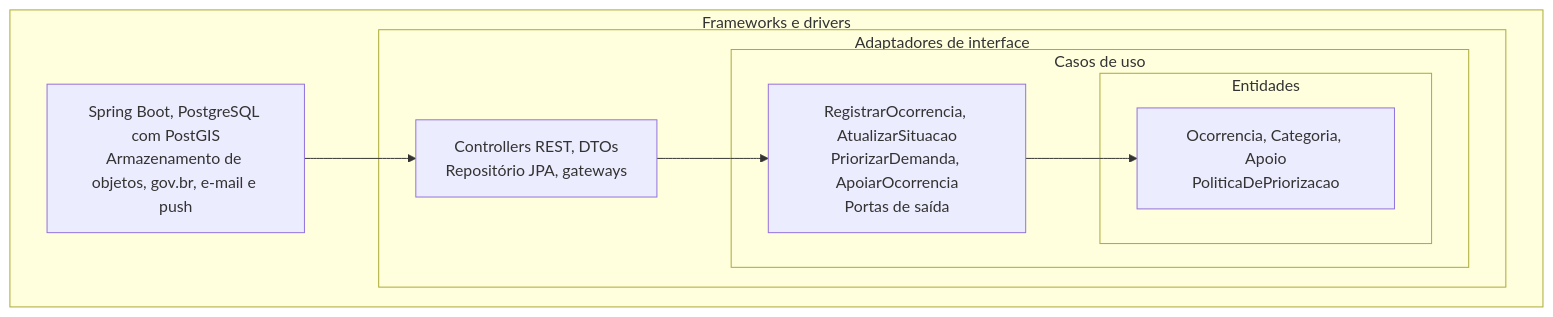
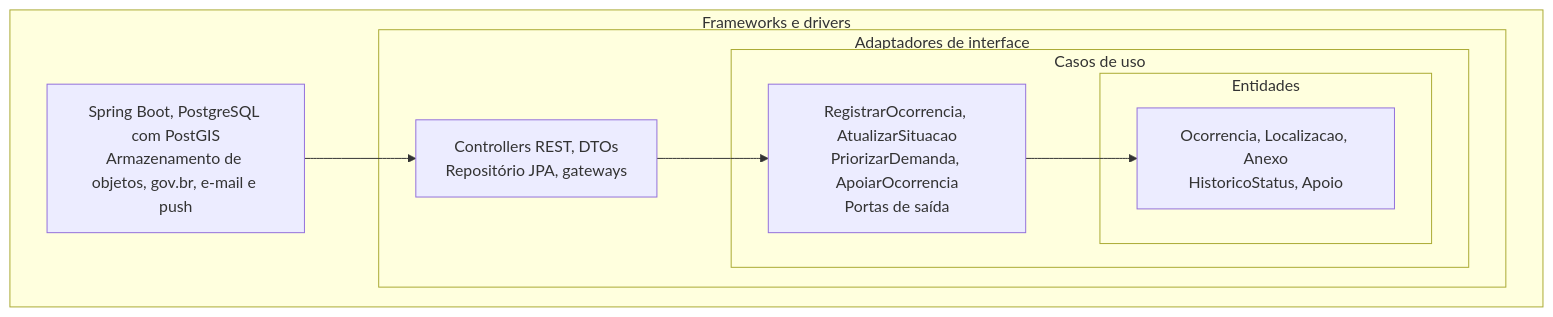
The diagram in docs/02-arquitetura-da-solucao.md (cuidarplus/cuidarplus-software-engineering), drawn with Mermaid before and after one commit. The commit also changed other lines of this file and 8 other files, not shown here.

````diff
--- a/docs/02-arquitetura-da-solucao.md
+++ b/docs/02-arquitetura-da-solucao.md
@@ -20,18 +20,18 @@
 ```mermaid
 flowchart TB
     subgraph fw["Frameworks e drivers"]
         subgraph ad["Adaptadores de interface"]
             subgraph uc["Casos de uso"]
                 subgraph en["Entidades"]
-                    Dominio["Ocorrencia, Categoria, Apoio<br/>PoliticaDePriorizacao"]
+                    Dominio["Ocorrencia, Localizacao, Anexo<br/>HistoricoStatus, Apoio"]
                 end
                 Casos["RegistrarOcorrencia, AtualizarSituacao<br/>PriorizarDemanda, ApoiarOcorrencia<br/>Portas de saída"]
             end
             Adapt["Controllers REST, DTOs<br/>Repositório JPA, gateways"]
         end
         Fram["Spring Boot, PostgreSQL com PostGIS<br/>Armazenamento de objetos, gov.br, e-mail e push"]
     end
     Fram --> Adapt
     Adapt --> Casos
     Casos --> Dominio
 ```
````
